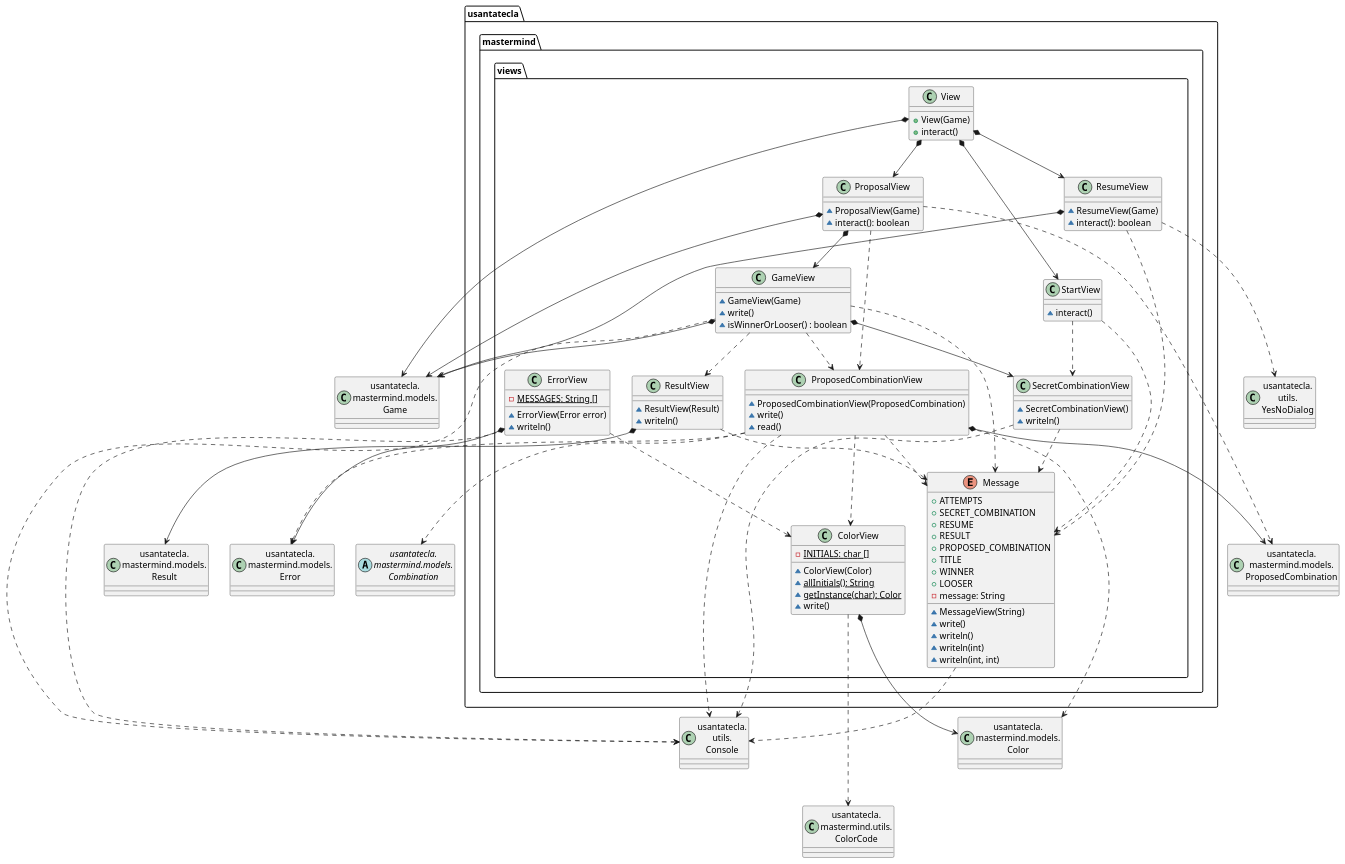
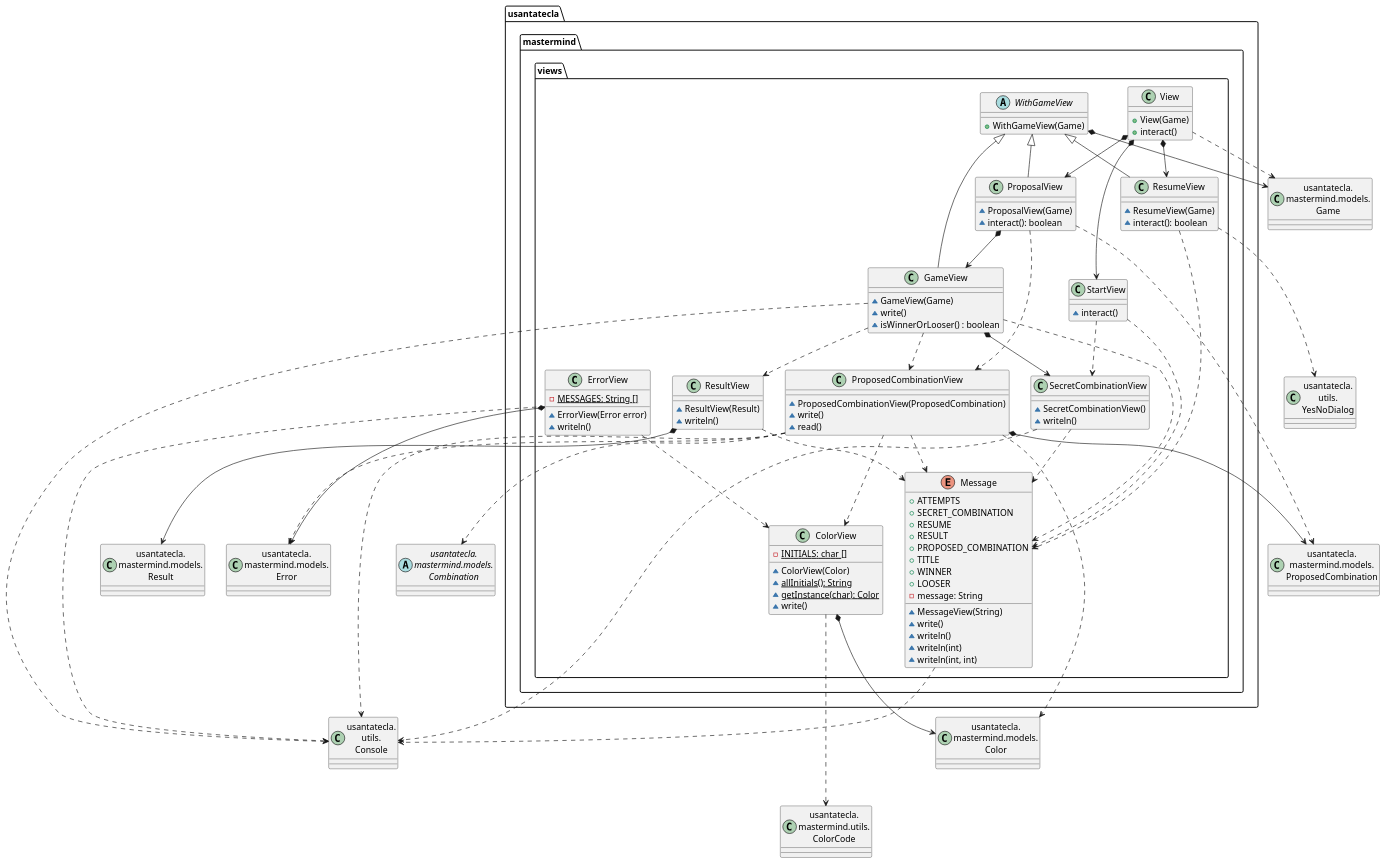
One commit to SantaTecla-mastermind/solution.java.swing.socket.sql changed the second of 5 diagrams in documentView/console/docs/diagrams/src/paquetes.plantuml. Above: the diagram before and after it, drawn with PlantUML. The commit also changed other lines of this file and 40 other files, not shown here.

Commit message:
[dv.console] Added WithGameView & added types package & refactored everything (delete unused things + rename..)

```diff
--- a/documentView/console/docs/diagrams/src/paquetes.plantuml
+++ b/documentView/console/docs/diagrams/src/paquetes.plantuml
@@ -15,119 +15,124 @@
 @startuml usantatecla.mastermind.views
 class ColorCode as "usantatecla.\nmastermind.utils.\nColorCode"
 class Error as "usantatecla.\nmastermind.models.\nError"
 class Color as "usantatecla.\nmastermind.models.\nColor"
 abstract class Combination as "usantatecla.\nmastermind.models.\nCombination"
 class ProposedCombination as "usantatecla.\nmastermind.models.\nProposedCombination"
 class Result as "usantatecla.\nmastermind.models.\nResult"
 class Game as "usantatecla.\nmastermind.models.\nGame"
 class YesNoDialog as "usantatecla.\nutils.\nYesNoDialog"
 class Console as "usantatecla.\nutils.\nConsole"
+
+abstract class usantatecla.mastermind.views.WithGameView {
+    + WithGameView(Game)
+}
+usantatecla.mastermind.views.WithGameView *-down-> Game
 
 class usantatecla.mastermind.views.ColorView{
     - {static} INITIALS: char []
     ~ ColorView(Color)
     ~ {static} allInitials(): String
     ~ {static} getInstance(char): Color
     ~ write()
 }
 usantatecla.mastermind.views.ColorView -down..> ColorCode
 usantatecla.mastermind.views.ColorView *-down-> Color
 
 class usantatecla.mastermind.views.ErrorView{
     - {static} MESSAGES: String []
     ~ ErrorView(Error error)
     ~ writeln()
 }
 usantatecla.mastermind.views.ErrorView *-down-> Error
 usantatecla.mastermind.views.ErrorView ..> usantatecla.mastermind.views.ColorView
 usantatecla.mastermind.views.ErrorView ..> Console
 
 class usantatecla.mastermind.views.GameView {
     ~ GameView(Game)
     ~ write()
     ~ isWinnerOrLooser() : boolean
 }
-usantatecla.mastermind.views.GameView *-down-> Game
+usantatecla.mastermind.views.GameView -up-|> usantatecla.mastermind.views.WithGameView
 usantatecla.mastermind.views.GameView *-down-> usantatecla.mastermind.views.SecretCombinationView
 usantatecla.mastermind.views.GameView ..> usantatecla.mastermind.views.Message
 usantatecla.mastermind.views.GameView ..> usantatecla.mastermind.views.ProposedCombinationView
 usantatecla.mastermind.views.GameView ..> usantatecla.mastermind.views.ResultView
 usantatecla.mastermind.views.GameView ..> Console
 
 enum usantatecla.mastermind.views.Message{
     + ATTEMPTS
     + SECRET_COMBINATION
     + RESUME
     + RESULT
     + PROPOSED_COMBINATION
     + TITLE
     + WINNER
     + LOOSER
     - message: String
     ~ MessageView(String)
     ~ write()
     ~ writeln()
     ~ writeln(int)
     ~ writeln(int, int)
 }
 usantatecla.mastermind.views.Message ..> Console
 
 class usantatecla.mastermind.views.ProposalView {
     ~ ProposalView(Game)
     ~ interact(): boolean
 }
-usantatecla.mastermind.views.ProposalView *-down-> Game
+usantatecla.mastermind.views.ProposalView -up-|> usantatecla.mastermind.views.WithGameView
 usantatecla.mastermind.views.ProposalView *-down-> usantatecla.mastermind.views.GameView
 usantatecla.mastermind.views.ProposalView -down..> ProposedCombination
 usantatecla.mastermind.views.ProposalView ..> usantatecla.mastermind.views.ProposedCombinationView
 
 class usantatecla.mastermind.views.ProposedCombinationView {
     ~ ProposedCombinationView(ProposedCombination)
     ~ write()
     ~ read()
 }
 usantatecla.mastermind.views.ProposedCombinationView *-down-> ProposedCombination
 usantatecla.mastermind.views.ProposedCombinationView ..> usantatecla.mastermind.views.Message
 usantatecla.mastermind.views.ProposedCombinationView ..> usantatecla.mastermind.views.ColorView
 usantatecla.mastermind.views.ProposedCombinationView ..> Combination
 usantatecla.mastermind.views.ProposedCombinationView ..> Error
 usantatecla.mastermind.views.ProposedCombinationView ..> Color
 usantatecla.mastermind.views.ProposedCombinationView ..> Console
 
 class usantatecla.mastermind.views.ResultView {
     ~ ResultView(Result)
     ~ writeln()
 }
 usantatecla.mastermind.views.ResultView *-down-> Result
 usantatecla.mastermind.views.ResultView ..> usantatecla.mastermind.views.Message
 
 class usantatecla.mastermind.views.ResumeView {
     ~ ResumeView(Game)
     ~ interact(): boolean
 }
-usantatecla.mastermind.views.ResumeView *-down-> Game
+usantatecla.mastermind.views.ResumeView -up-|> usantatecla.mastermind.views.WithGameView
 usantatecla.mastermind.views.ResumeView -down..> YesNoDialog
 usantatecla.mastermind.views.ResumeView ..> usantatecla.mastermind.views.Message
 
 class usantatecla.mastermind.views.SecretCombinationView {
     ~ SecretCombinationView()
     ~ writeln()
 }
 usantatecla.mastermind.views.SecretCombinationView ..> usantatecla.mastermind.views.Message
 usantatecla.mastermind.views.SecretCombinationView ..> Console
 
 class usantatecla.mastermind.views.StartView {
     ~ interact()
 }
 usantatecla.mastermind.views.StartView..> usantatecla.mastermind.views.Message
 usantatecla.mastermind.views.StartView..> usantatecla.mastermind.views.SecretCombinationView
 
 class usantatecla.mastermind.views.View {
     + View(Game)
     + interact()
 }
+usantatecla.mastermind.views.View .down.> Game
 usantatecla.mastermind.views.View *-down-> usantatecla.mastermind.views.ProposalView
 usantatecla.mastermind.views.View *-down-> usantatecla.mastermind.views.StartView
-usantatecla.mastermind.views.View *-down-> Game
 usantatecla.mastermind.views.View *-down-> usantatecla.mastermind.views.ResumeView
 @enduml
```
